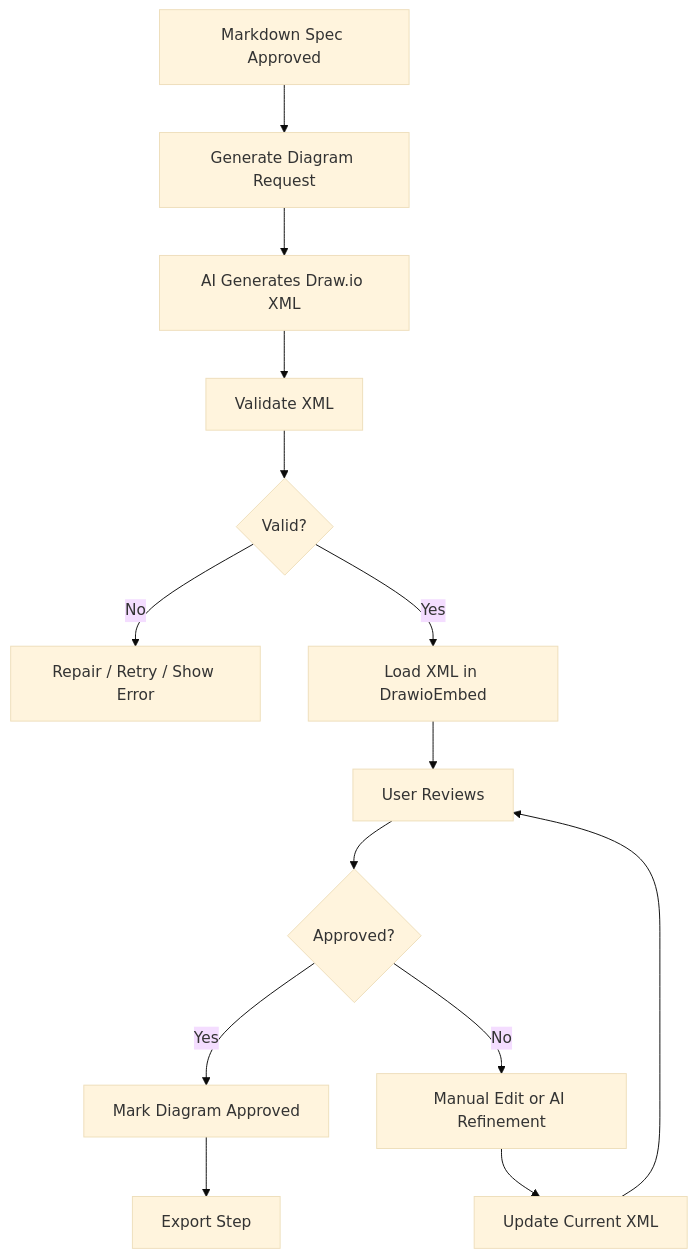
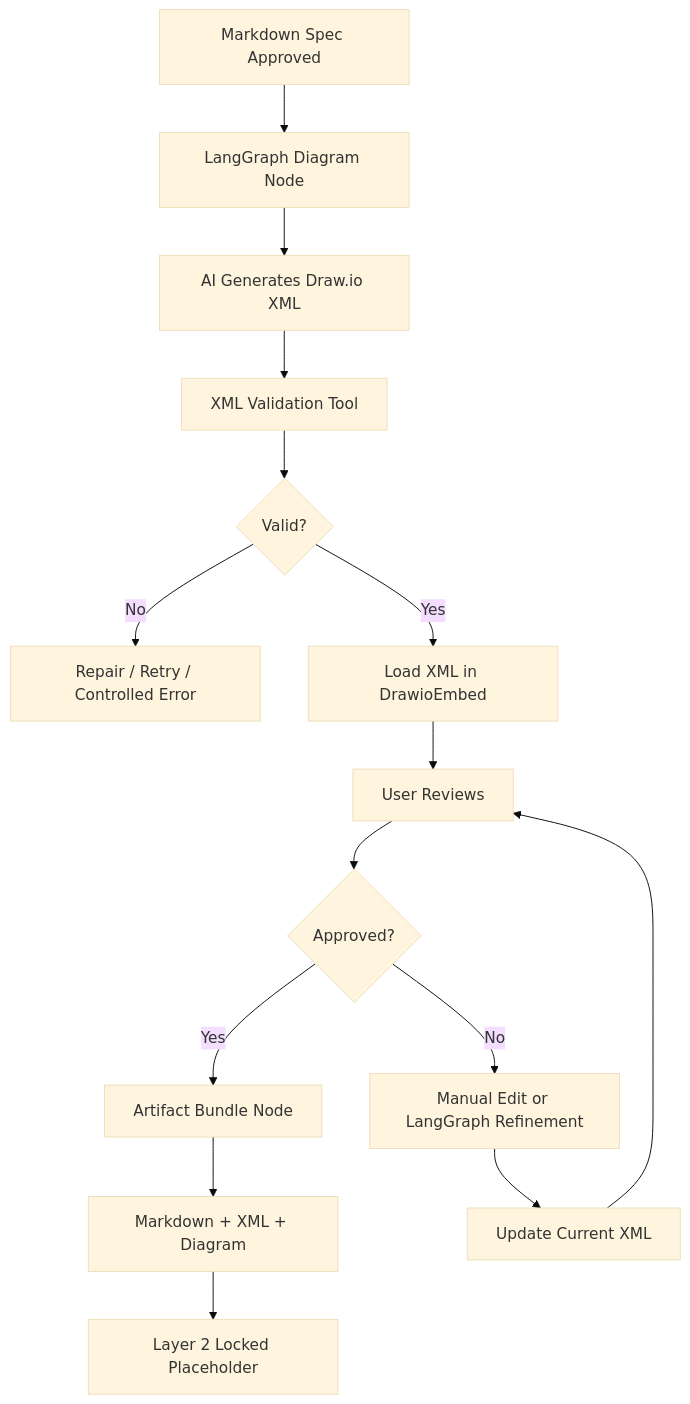
Before and after one commit to ProductMasterz/Mujarrad-Frontend: diagram 15 of 19 in Docs/system-design-detailed-plan.md, drawn with Mermaid (base theme). The commit also changed other lines of this file, not shown here.

Commit message:
Refine system design architecture plan

````diff
--- a/Docs/system-design-detailed-plan.md
+++ b/Docs/system-design-detailed-plan.md
@@ -1996,16 +1966,18 @@
 ```mermaid
 flowchart TD
-    A[Markdown Spec Approved] --> B[Generate Diagram Request]
+    A[Markdown Spec Approved] --> B[LangGraph Diagram Node]
     B --> C[AI Generates Draw.io XML]
-    C --> D[Validate XML]
+    C --> D[XML Validation Tool]
     D --> E{Valid?}
-    E -->|No| F[Repair / Retry / Show Error]
+    E -->|No| F[Repair / Retry / Controlled Error]
     E -->|Yes| G[Load XML in DrawioEmbed]
     G --> H[User Reviews]
     H --> I{Approved?}
-    I -->|Yes| J[Mark Diagram Approved]
-    I -->|No| K[Manual Edit or AI Refinement]
+    I -->|Yes| J[Artifact Bundle Node]
+    I -->|No| K[Manual Edit or LangGraph Refinement]
     K --> L[Update Current XML]
     L --> H
-    J --> M[Export Step]
+
+    J --> M[Markdown + XML + Diagram]
+    M --> N[Layer 2 Locked Placeholder]
 ```
````
